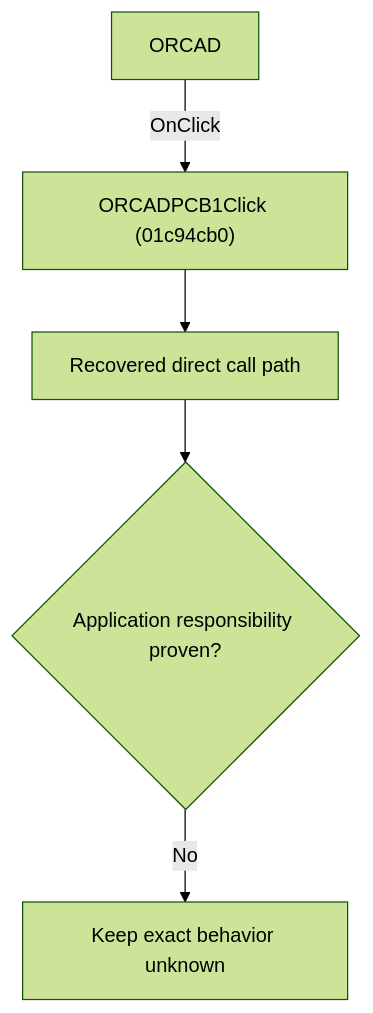
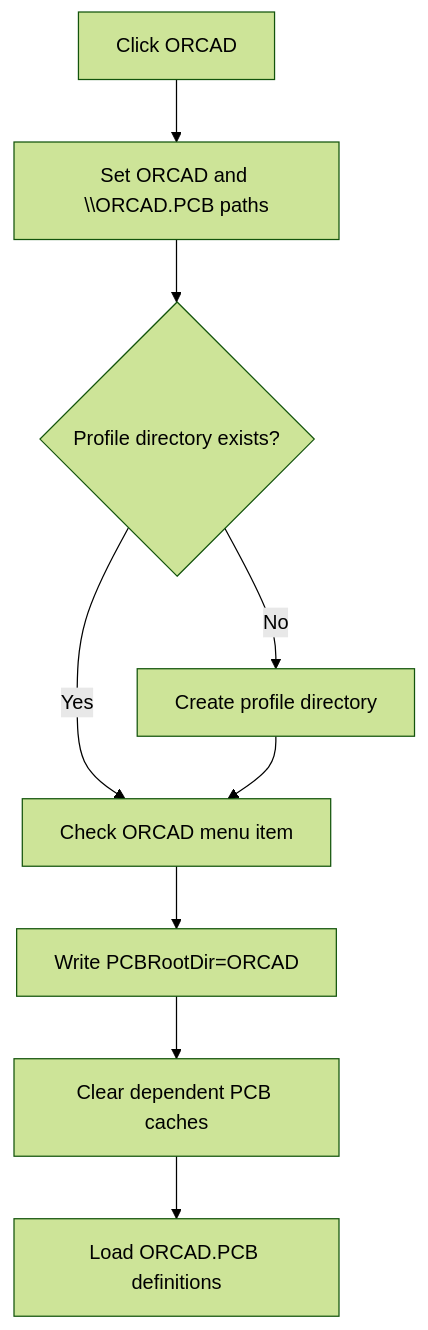
Before and after one commit to MovGP0/TIARA: the diagram in docs/ui-controls/schematiceditor/orcadpcb1-aba4ed6a39.md, drawn with Mermaid (forest theme). The commit also changed other lines of this file and 241 other files, not shown here.

````diff
--- a/docs/ui-controls/schematiceditor/orcadpcb1-aba4ed6a39.md
+++ b/docs/ui-controls/schematiceditor/orcadpcb1-aba4ed6a39.md
@@ -27,7 +27,11 @@
 ```mermaid
 flowchart TD
-    control["ORCAD"] -->|"OnClick"| handler["ORCADPCB1Click (01c94cb0)"]
-    handler --> recovered["Recovered direct call path"]
-    recovered --> gap{"Application responsibility proven?"}
-    gap -->|"No"| blocked["Keep exact behavior unknown"]
+    control["Click ORCAD"] --> profile["Set ORCAD and \\ORCAD.PCB paths"]
+    profile --> exists{"Profile directory exists?"}
+    exists -->|"No"| create["Create profile directory"]
+    exists -->|"Yes"| check["Check ORCAD menu item"]
+    create --> check
+    check --> persist["Write PCBRootDir=ORCAD"]
+    persist --> reset["Clear dependent PCB caches"]
+    reset --> load["Load ORCAD.PCB definitions"]
 ```
````
